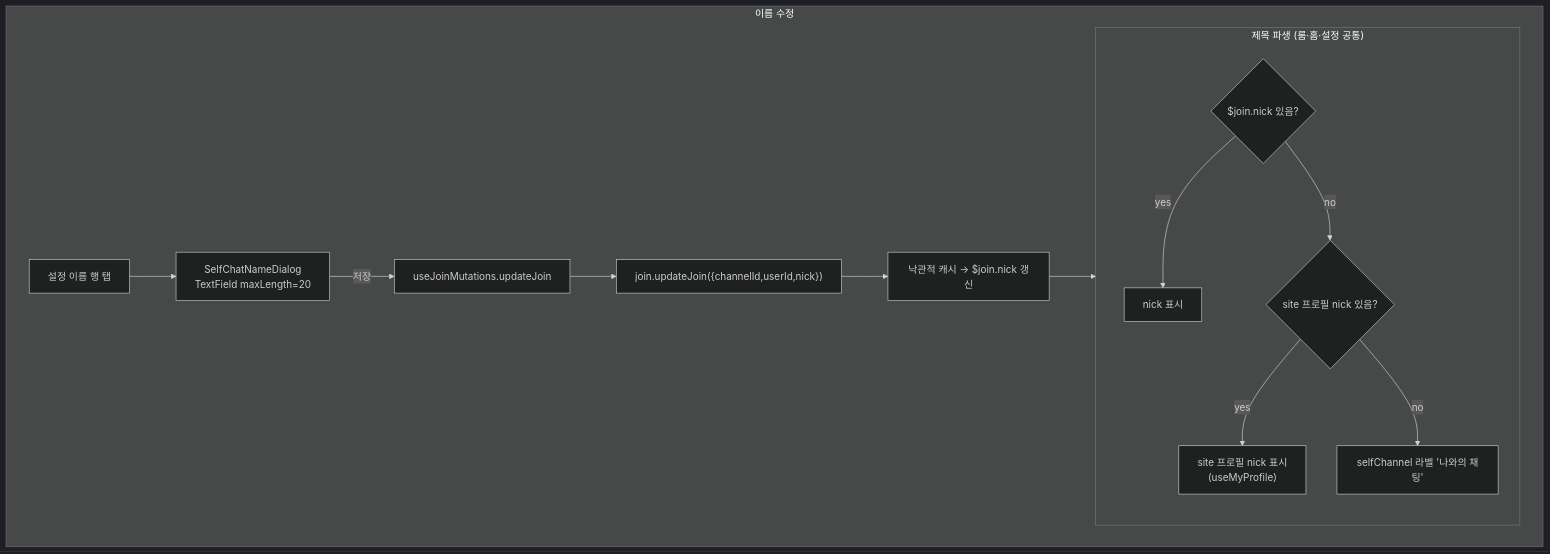
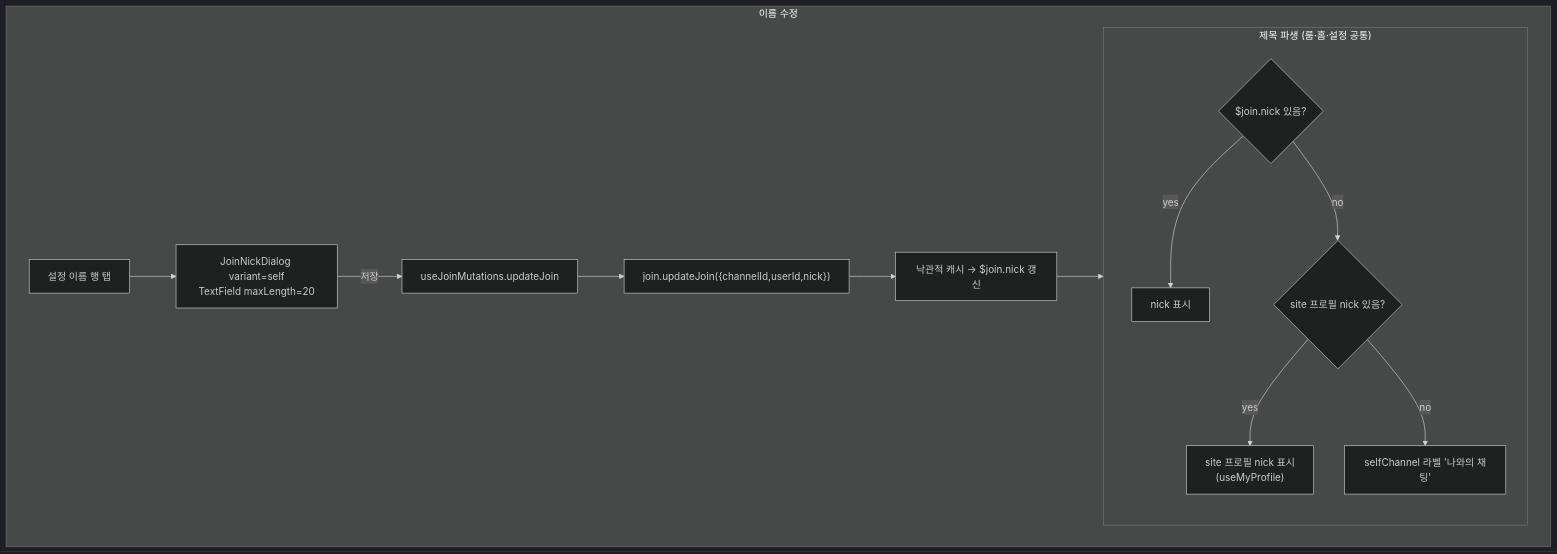
The first of 3 diagrams in apps/web/docs/feature/channels/self-chat.md (lemoncloud-io/dou-app), drawn with Mermaid (dark theme) before and after one commit. The commit also changed other lines of this file and 3 other files, not shown here.

````diff
--- a/apps/web/docs/feature/channels/self-chat.md
+++ b/apps/web/docs/feature/channels/self-chat.md
@@ -82,16 +82,16 @@
 ```mermaid
 flowchart TD
     subgraph 표시["제목 파생 (룸·홈·설정 공통)"]
       J{"$join.nick 있음?"} -->|yes| Nick["nick 표시"]
       J -->|no| O{"site 프로필 nick 있음?"}
       O -->|yes| Site["site 프로필 nick 표시<br/>(useMyProfile)"]
       O -->|no| Label["selfChannel 라벨 '나와의 채팅'"]
     end
     subgraph 저장["이름 수정"]
-      Row["설정 이름 행 탭"] --> Dlg["SelfChatNameDialog<br/>TextField maxLength=20"]
+      Row["설정 이름 행 탭"] --> Dlg["JoinNickDialog variant=self<br/>TextField maxLength=20"]
       Dlg -->|저장| Mut["useJoinMutations.updateJoin"]
       Mut --> Repo["join.updateJoin({channelId,userId,nick})"]
       Repo --> Cache["낙관적 캐시 → $join.nick 갱신"]
       Cache --> 표시
     end
 ```
````
